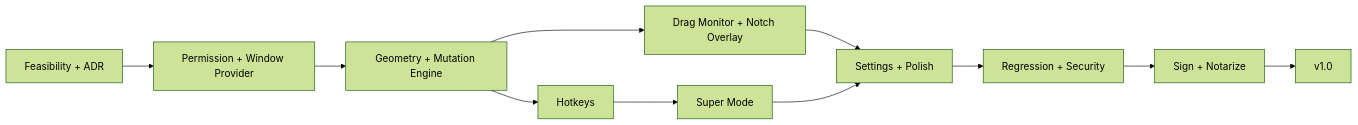
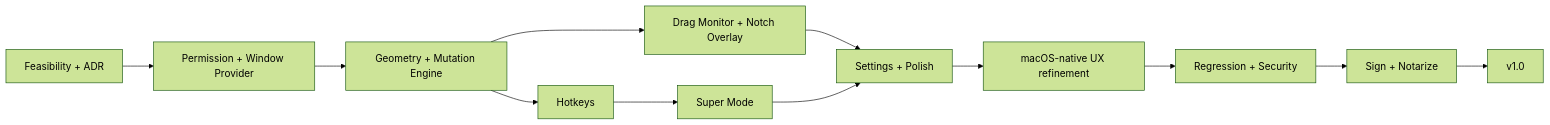
Before and after one commit to nyugennguyen/my-mac-x: the fifth of 5 diagrams in my-mac-x_projectplan.md, drawn with Mermaid (forest theme). The commit also changed other lines of this file and 777 other files, not shown here.

````diff
--- a/my-mac-x_projectplan.md
+++ b/my-mac-x_projectplan.md
@@ -966,13 +988,14 @@
 ```mermaid
 flowchart LR
     P0[Feasibility + ADR] --> F1[Permission + Window Provider]
     F1 --> W2[Geometry + Mutation Engine]
     W2 --> N4[Drag Monitor + Notch Overlay]
     W2 --> H3[Hotkeys]
     H3 --> S5[Super Mode]
     N4 --> U6[Settings + Polish]
     S5 --> U6
-    U6 --> Q7[Regression + Security]
-    Q7 --> SIGN[Sign + Notarize]
+    U6 --> X7[macOS-native UX refinement]
+    X7 --> Q8[Regression + Security]
+    Q8 --> SIGN[Sign + Notarize]
     SIGN --> V1[v1.0]
 ```
````
